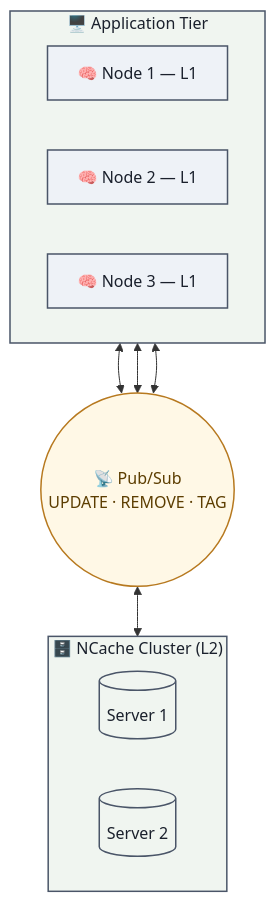
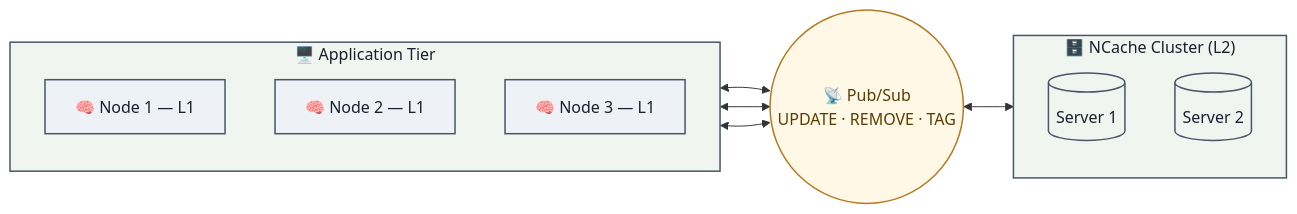
One commit to Alachisoft/NCache-HybridCache changed the diagram in README.md. Above: the diagram before and after it, drawn with Mermaid. The commit also changed other lines of this file, not shown here.

````diff
--- a/README.md
+++ b/README.md
@@ -82,29 +56,29 @@
 ```mermaid
-flowchart TB
+flowchart LR
     subgraph App["🖥️ Application Tier"]
-        direction LR
+        direction TB
         N1["🧠 Node 1 — L1"]
         N2["🧠 Node 2 — L1"]
         N3["🧠 Node 3 — L1"]
     end
 
     PS(("📡 Pub/Sub<br/>UPDATE · REMOVE · TAG"))
 
     subgraph Cluster["🗄️ NCache Cluster (L2)"]
-        direction LR
+        direction TB
         S1[("Server 1")]
         S2[("Server 2")]
     end
 
     N1 <--> PS
     N2 <--> PS
     N3 <--> PS
     PS <--> Cluster
 
     classDef app fill:#eef2f7,stroke:#4a5568,color:#1a202c,stroke-width:1.5px
     classDef bus fill:#fff8e6,stroke:#b7791f,color:#5c3d00,stroke-width:1.5px
     classDef cluster fill:#f0f5f0,stroke:#4a5568,color:#1a202c,stroke-width:1.5px
     class N1,N2,N3 app
     class PS bus
     class S1,S2 cluster
 ```
````
